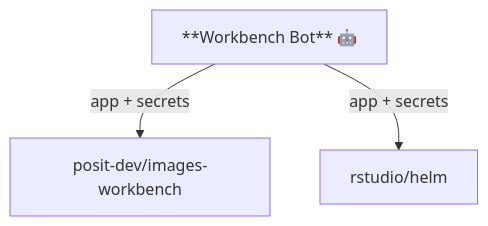
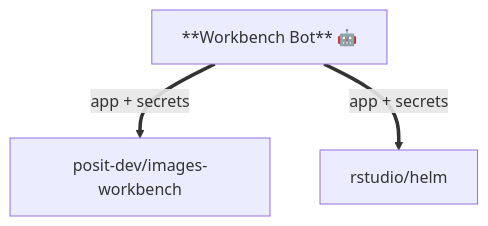
Before and after one commit to posit-dev/images-shared: the third of 5 diagrams in pulumi/github/github-apps/README.md, drawn with Mermaid. The commit also changed other lines of this file, not shown here.

First line of the commit message:
Use thick vs thin lines for diagram clarity

````diff
--- a/pulumi/github/github-apps/README.md
+++ b/pulumi/github/github-apps/README.md
@@ -68,7 +68,7 @@
 ```mermaid
 graph TD
     BOT["**Workbench Bot** 🤖"]
 
-    BOT -->|app + secrets| IW["posit-dev/images-workbench"]
-    BOT -->|app + secrets| HELM["rstudio/helm"]
+    BOT ==>|app + secrets| IW["posit-dev/images-workbench"]
+    BOT ==>|app + secrets| HELM["rstudio/helm"]
 ```
````
